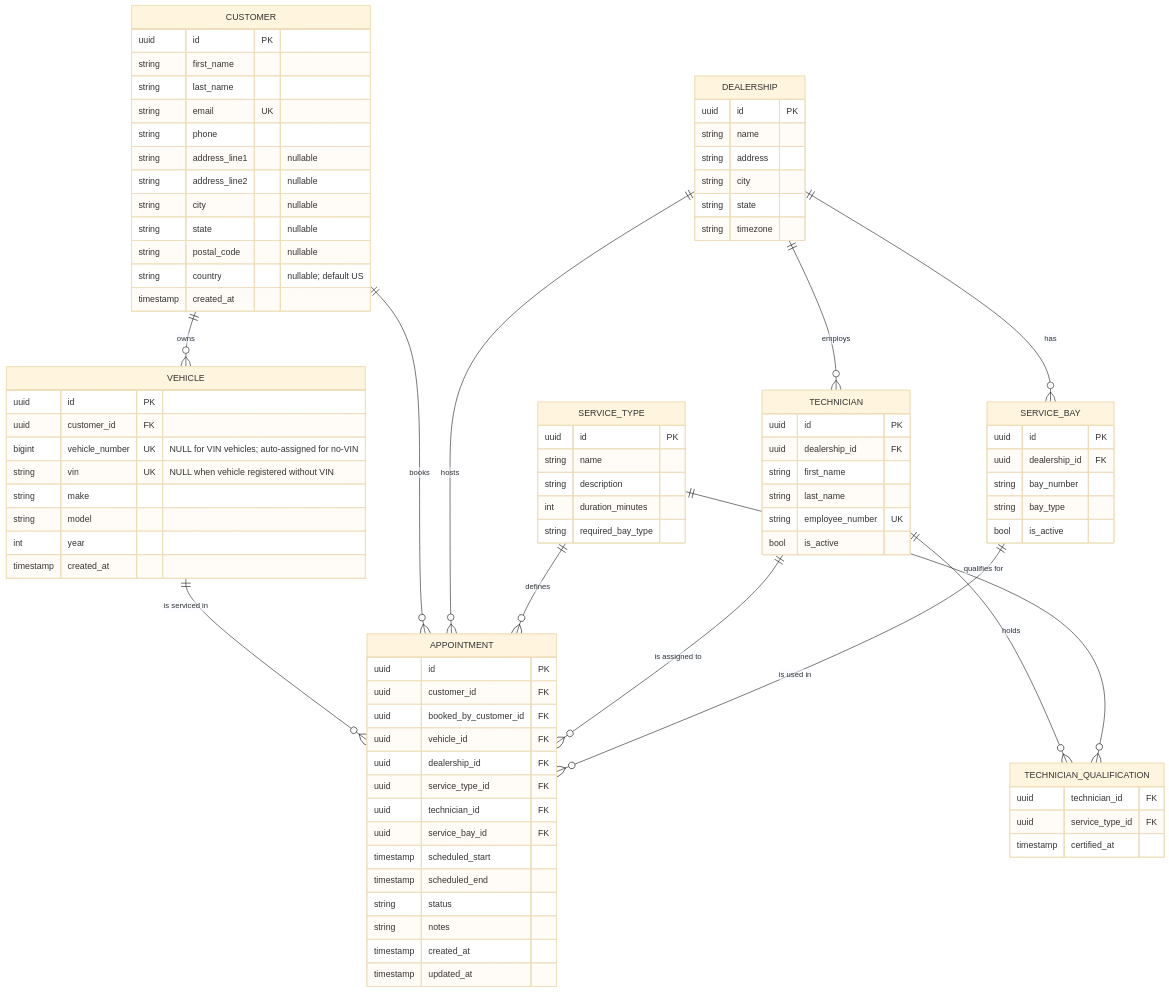
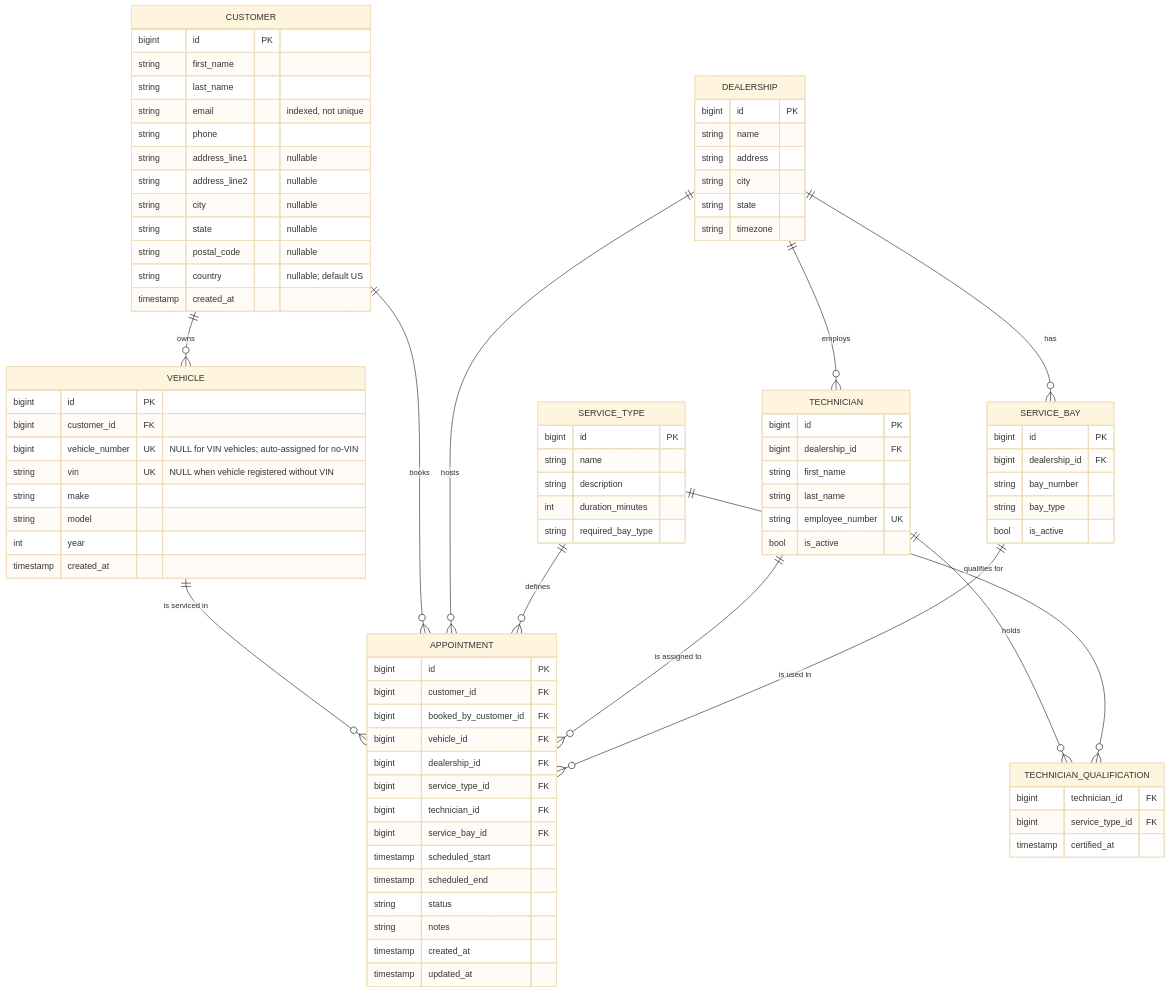
The fourth of 4 diagrams in SYSTEM_DESIGN.md (hungcaovu/keyloop), drawn with Mermaid (base theme) before and after one commit. The commit also changed other lines of this file, not shown here.

Commit message:
update design: uuid->bigint, allow shared email, enmail is not unique

````diff
--- a/SYSTEM_DESIGN.md
+++ b/SYSTEM_DESIGN.md
@@ -445,10 +445,10 @@
 ```mermaid
 erDiagram
     CUSTOMER {
-        uuid id PK
+        bigint id PK
         string first_name
         string last_name
-        string email UK
+        string email "indexed, not unique"
         string phone
         string address_line1 "nullable"
         string address_line2 "nullable"
@@ -460,8 +460,8 @@
     }
 
     VEHICLE {
-        uuid id PK
-        uuid customer_id FK
+        bigint id PK
+        bigint customer_id FK
         bigint vehicle_number UK "NULL for VIN vehicles; auto-assigned for no-VIN"
         string vin UK "NULL when vehicle registered without VIN"
         string make
@@ -472,7 +472,7 @@
 
     %% Notes:
     %% - phone is indexed but NOT unique (spouses/family may share)
-    %% - email IS unique per customer record
+    %% - email is indexed but NOT unique (family/shared accounts may use same email)
     %% - vehicle.customer_id = current primary owner (not enforced at booking time)
     %% - VIN is unique per physical car; POST with existing VIN returns 409 + existing record
     %% - vehicle_number: BigInt auto-increment for VIN-less vehicles; encoded as "V-000001"
@@ -480,7 +480,7 @@
     %%   8-byte integer index is significantly faster than 36-char UUID string index.
 
     DEALERSHIP {
-        uuid id PK
+        bigint id PK
         string name
         string address
         string city
@@ -489,7 +489,7 @@
     }
 
     SERVICE_TYPE {
-        uuid id PK
+        bigint id PK
         string name
         string description
         int duration_minutes
@@ -497,8 +497,8 @@
     }
 
     TECHNICIAN {
-        uuid id PK
-        uuid dealership_id FK
+        bigint id PK
+        bigint dealership_id FK
         string first_name
         string last_name
         string employee_number UK
@@ -506,28 +506,28 @@
     }
 
     TECHNICIAN_QUALIFICATION {
-        uuid technician_id FK
-        uuid service_type_id FK
+        bigint technician_id FK
+        bigint service_type_id FK
         timestamp certified_at
     }
 
     SERVICE_BAY {
-        uuid id PK
-        uuid dealership_id FK
+        bigint id PK
+        bigint dealership_id FK
         string bay_number
         string bay_type
         bool is_active
     }
 
     APPOINTMENT {
-        uuid id PK
-        uuid customer_id FK
-        uuid booked_by_customer_id FK
-        uuid vehicle_id FK
-        uuid dealership_id FK
-        uuid service_type_id FK
-        uuid technician_id FK
-        uuid service_bay_id FK
+        bigint id PK
+        bigint customer_id FK
+        bigint booked_by_customer_id FK
+        bigint vehicle_id FK
+        bigint dealership_id FK
+        bigint service_type_id FK
+        bigint technician_id FK
+        bigint service_bay_id FK
         timestamp scheduled_start
         timestamp scheduled_end
         string status
````
